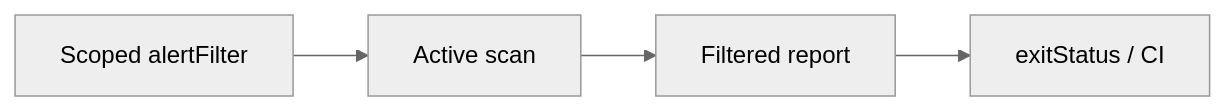
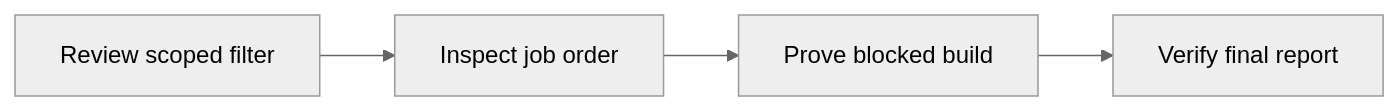
Before and after one commit to rupeshtiwari/pluralsight-script-development-with-zap: the diagram in demos/module2-demos/m2-demo3-security-quality-gates/README.md, drawn with Mermaid (neutral theme). The commit also changed other lines of this file and 30 other files, not shown here.

````diff
--- a/demos/module2-demos/m2-demo3-security-quality-gates/README.md
+++ b/demos/module2-demos/m2-demo3-security-quality-gates/README.md
@@ -28,8 +31,10 @@
 ```mermaid
 flowchart LR
-  N0["Scoped alertFilter"]
-  N1["Active scan"]
-  N2["Filtered report"]
-  N3["exitStatus / CI"]
-  N0 --> N1 --> N2 --> N3
+  S1["Review scoped filter"]
+  S2["Inspect job order"]
+  S3["Prove blocked build"]
+  S4["Verify final report"]
+  S1 --> S2
+  S2 --> S3
+  S3 --> S4
 ```
````
